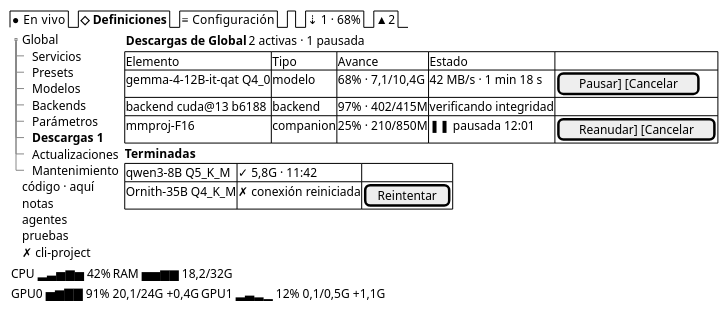
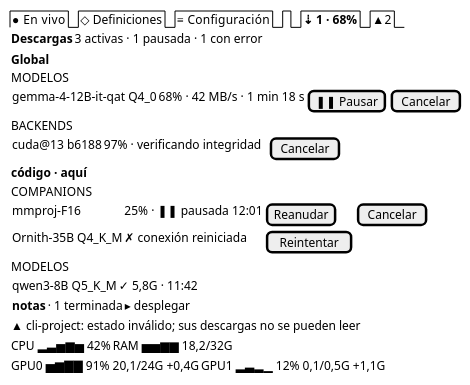
Before and after one commit to mstranich/coquena: the diagram in docs/design/tui/N-definiciones-descargas.salt.puml, drawn with PlantUML. The commit also changed 23 other files, not shown here.

```diff
--- a/docs/design/tui/N-definiciones-descargas.salt.puml
+++ b/docs/design/tui/N-definiciones-descargas.salt.puml
@@ -1,40 +1,31 @@
 @startsalt
 {
-  {/ ● En vivo | <b>◇ Definiciones | ≡ Configuración | . | ⇣ 1 · 68% | ▲ 2 }
+  {/ ● En vivo | ◇ Definiciones | ≡ Configuración | . | <b>⇣ 1 · 68% | ▲ 2 }
+  { <b>Descargas | 3 activas · 1 pausada · 1 con error }
   {
+    <b>Global
+    MODELOS
     {
-    {T
-      + Global
-      ++ Servicios
-      ++ Presets
-      ++ Modelos
-      ++ Backends
-      ++ Parámetros
-      ++ <b>Descargas 1
-      ++ Actualizaciones
-      ++ Mantenimiento
-      + código · aquí
-      + notas
-      + agentes
-      + pruebas
-      + ✗ cli-project
+      gemma-4-12B-it-qat Q4_0 | 68% · 42 MB/s · 1 min 18 s | [❚❚ Pausar] | [Cancelar]
     }
-    } | {
-      { <b>Descargas de Global | 2 activas · 1 pausada }
-      {#
-        Elemento | Tipo | Avance | Estado | .
-        gemma-4-12B-it-qat Q4_0 | modelo | 68% · 7,1/10,4G | 42 MB/s · 1 min 18 s | [Pausar] [Cancelar]
-        backend cuda@13 b6188 | backend | 97% · 402/415M | verificando integridad | .
-        mmproj-F16 | companion | 25% · 210/850M | ❚❚ pausada 12:01 | [Reanudar] [Cancelar]
-      }
-      <b>Terminadas
-      {#
-        qwen3-8B Q5_K_M | ✓ 5,8G · 11:42 | .
-        Ornith-35B Q4_K_M | ✗ conexión reiniciada | [Reintentar]
-      }
+    BACKENDS
+    {
+      cuda@13 b6188 | 97% · verificando integridad | . | [Cancelar]
     }
+    <b>código · aquí
+    COMPANIONS
+    {
+      mmproj-F16 | 25% · ❚❚ pausada 12:01 | [Reanudar] | [Cancelar]
+      Ornith-35B Q4_K_M | ✗ conexión reiniciada | [Reintentar] | .
+    }
+    MODELOS
+    {
+      qwen3-8B Q5_K_M | ✓ 5,8G · 11:42 | . | .
+    }
+    { <b>notas | · 1 terminada | ▸ desplegar }
+    ▲ cli-project: estado inválido; sus descargas no se pueden leer
   }
   { CPU ▂▃▅▆▅ 42% | RAM ▅▅▆▆ 18,2/32G }
   { GPU0 ▅▆▇▇ 91% 20,1/24G +0,4G | GPU1 ▂▃▂▁ 12% 0,1/0,5G +1,1G }
 }
 @endsalt
```
